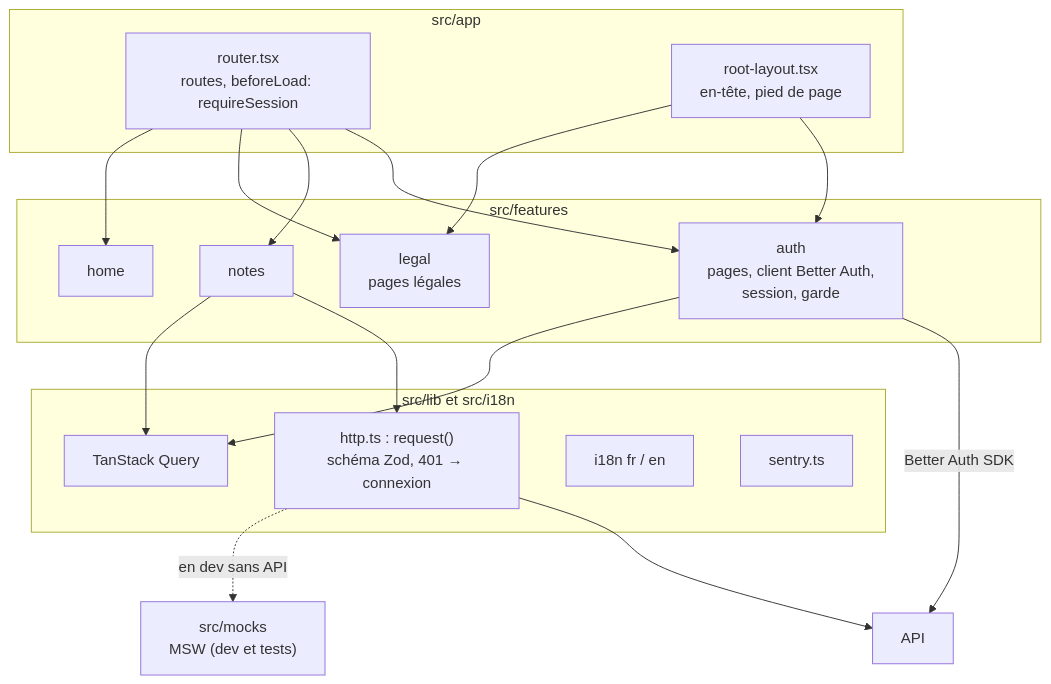
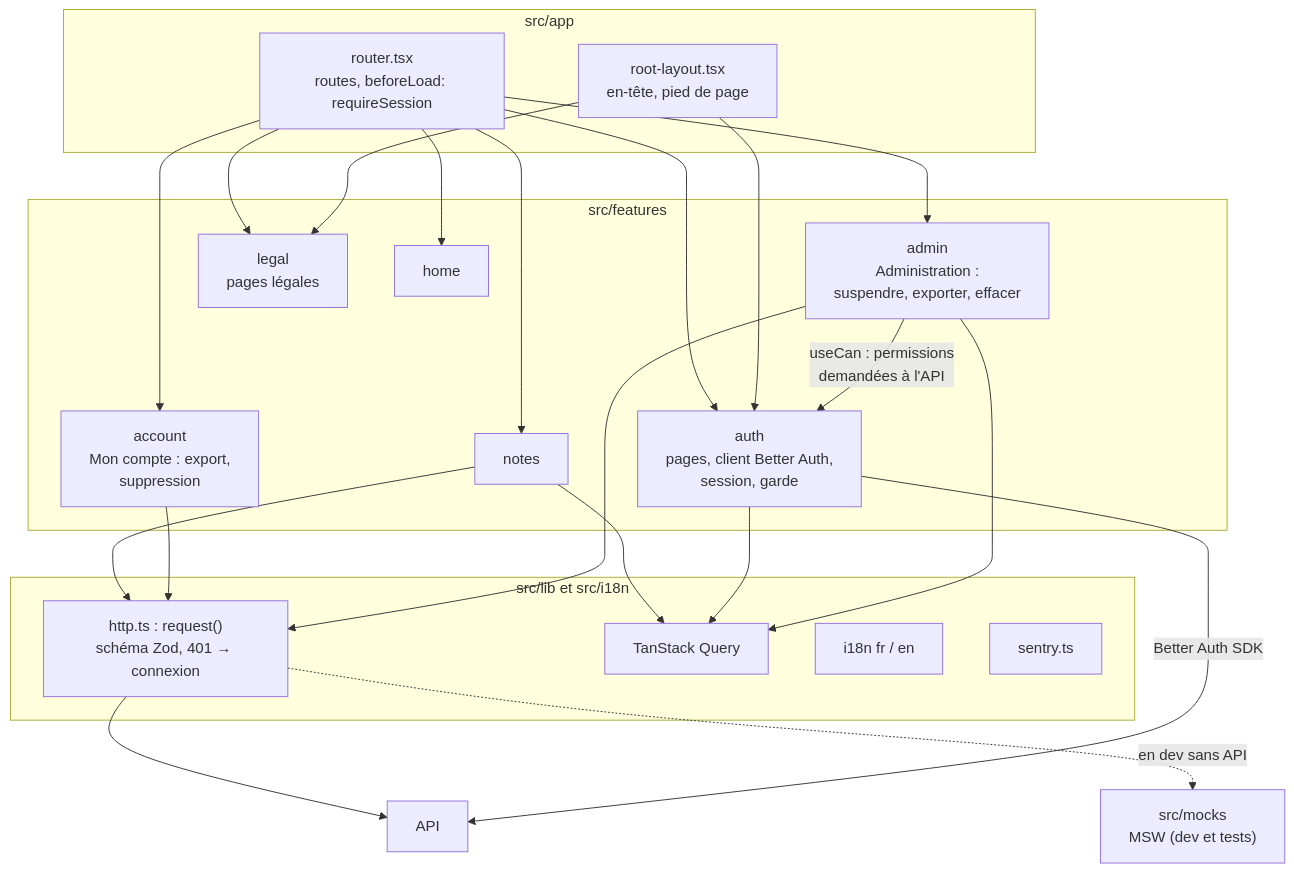
The sixth of 10 diagrams in docs/architecture.md (soodidi/engineering-guidelines), drawn with Mermaid before and after one commit. The commit also changed other lines of this file and 2 other files, not shown here.

Commit message:
docs: refresh architecture diagrams and handoff after the pending decisions (#61)

````diff
--- a/docs/architecture.md
+++ b/docs/architecture.md
@@ -159,28 +163,31 @@
 ```mermaid
 flowchart TB
   subgraph app["src/app"]
     ROUTER["router.tsx<br/>routes, beforeLoad: requireSession"]
     LAYOUT["root-layout.tsx<br/>en-tête, pied de page"]
   end
   subgraph features["src/features"]
     FAUTH["auth<br/>pages, client Better Auth,<br/>session, garde"]
     FNOTES["notes"]
+    FACC["account<br/>Mon compte : export,<br/>suppression"]
+    FADMIN["admin<br/>Administration :<br/>suspendre, exporter, effacer"]
     FLEGAL["legal<br/>pages légales"]
     FHOME["home"]
   end
   subgraph lib["src/lib et src/i18n"]
     HTTP["http.ts : request()<br/>schéma Zod, 401 → connexion"]
     QC["TanStack Query"]
     I18N["i18n fr / en"]
     SENTRYW["sentry.ts"]
   end
   MOCKS["src/mocks<br/>MSW (dev et tests)"]
   APIX["API"]
 
-  ROUTER --> FAUTH & FNOTES & FLEGAL & FHOME
+  ROUTER --> FAUTH & FNOTES & FACC & FADMIN & FLEGAL & FHOME
   LAYOUT --> FAUTH & FLEGAL
-  FNOTES --> HTTP --> APIX
+  FNOTES & FACC & FADMIN --> HTTP --> APIX
   FAUTH -- "Better Auth SDK" --> APIX
-  FNOTES & FAUTH --> QC
+  FNOTES & FAUTH & FADMIN --> QC
+  FADMIN -- "useCan : permissions<br/>demandées à l'API" --> FAUTH
   HTTP -. "en dev sans API" .-> MOCKS
 ```
````
